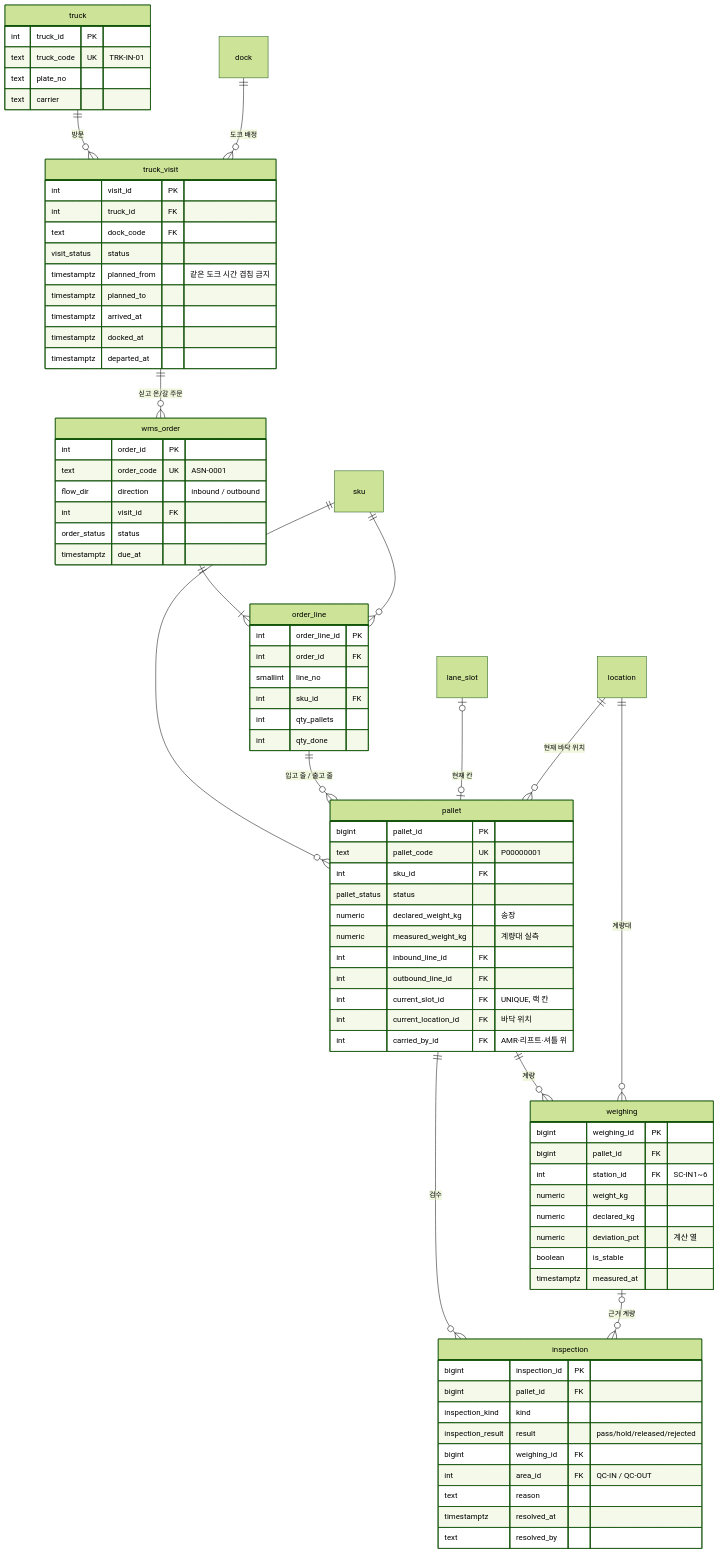
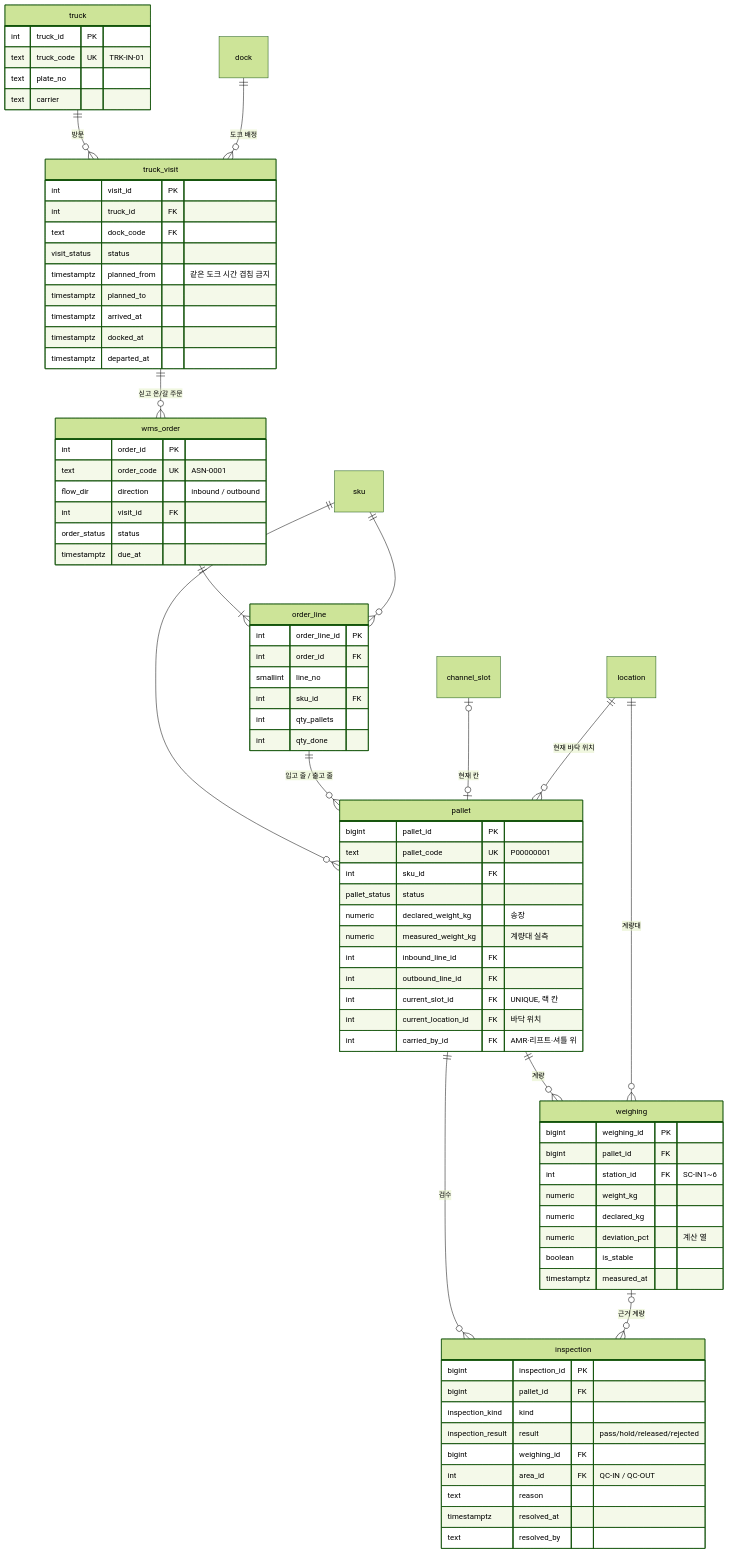
Before and after one commit to jml94-back/Fulfillment_Algorithm: the second of 3 diagrams in docs/database/README.md, drawn with Mermaid (forest theme). The commit also changed other lines of this file and 3 other files, not shown here.

```diff
--- a/docs/database/README.md
+++ b/docs/database/README.md
@@ -141,7 +141,7 @@
     sku         ||--o{ order_line : ""
     sku         ||--o{ pallet : ""
     order_line  ||--o{ pallet : "입고 줄 / 출고 줄"
-    lane_slot   |o--o| pallet : "현재 칸"
+    channel_slot   |o--o| pallet : "현재 칸"
     location    ||--o{ pallet : "현재 바닥 위치"
     pallet      ||--o{ weighing : "계량"
     location    ||--o{ weighing : "계량대"
```
